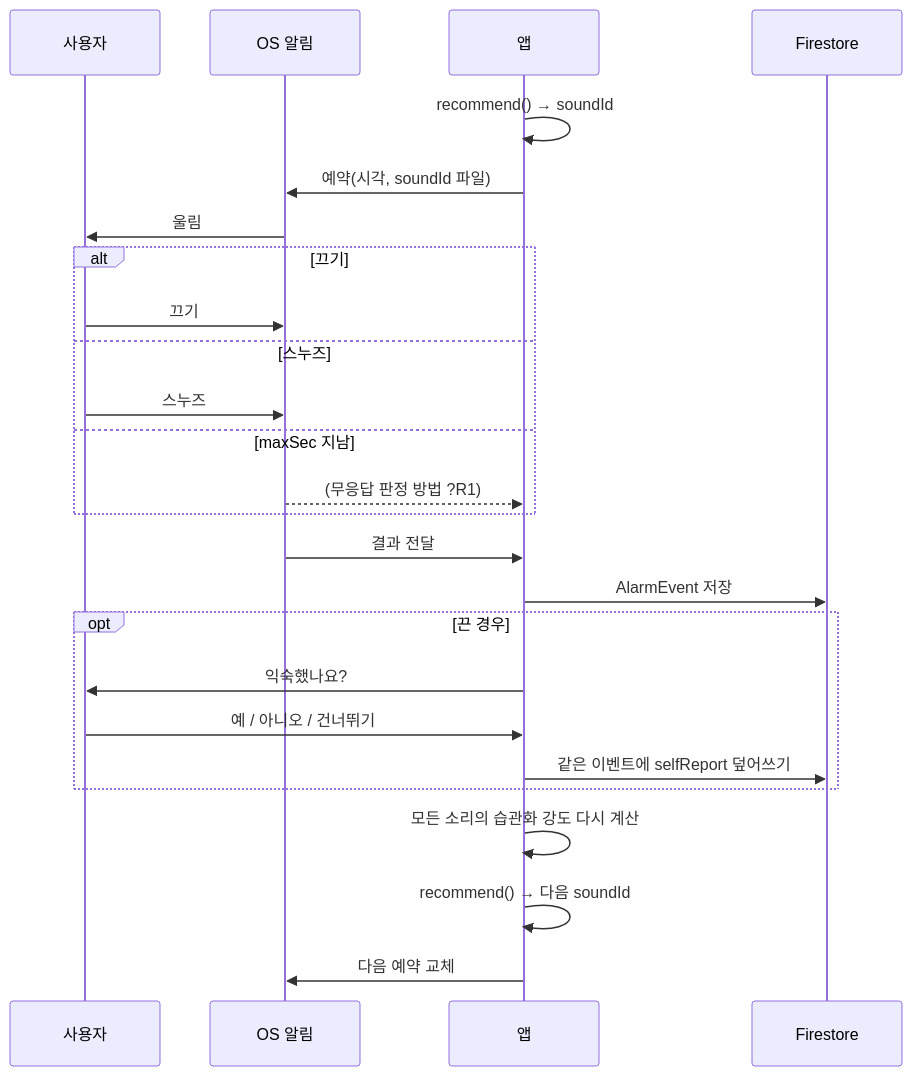
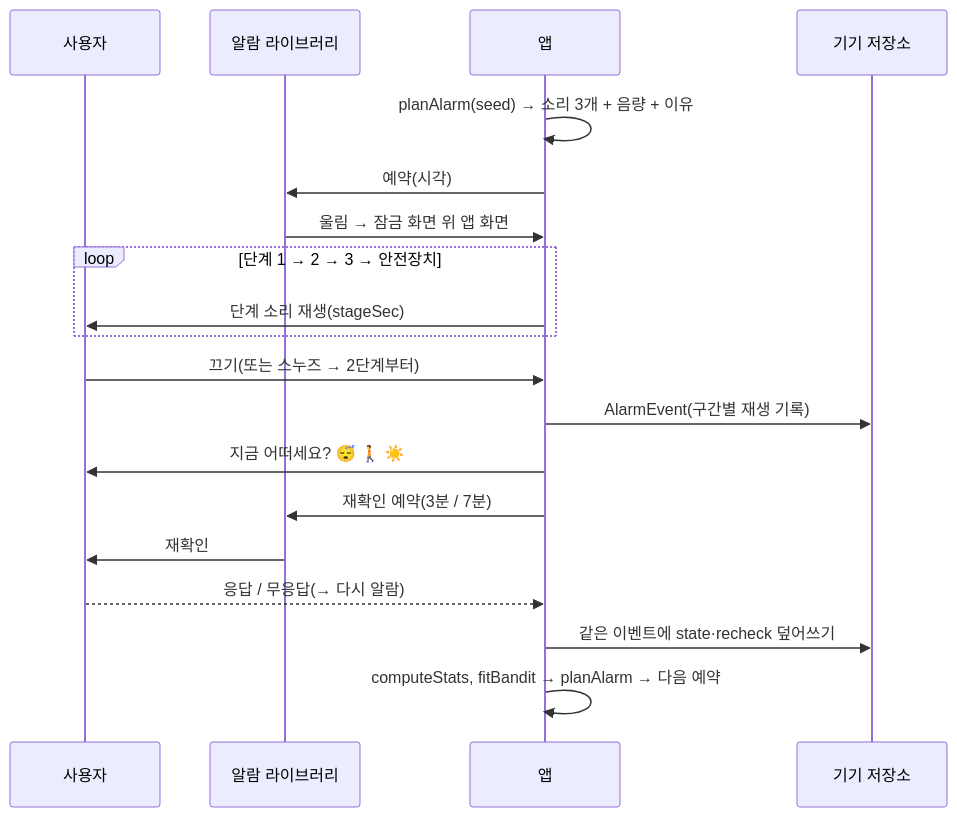
One commit to lyw012012-cpu/appa-anjanda changed the third of 3 diagrams in docs/context/design.md. Above: the diagram before and after it, drawn with Mermaid. The commit also changed other lines of this file and 7 other files, not shown here.

````diff
--- a/docs/context/design.md
+++ b/docs/context/design.md
@@ -156,27 +185,21 @@
 ```mermaid
 sequenceDiagram
   participant U as 사용자
-  participant OS as OS 알림
+  participant L as 알람 라이브러리
   participant A as 앱
-  participant F as Firestore
-  A->>A: recommend() → soundId
-  A->>OS: 예약(시각, soundId 파일)
-  OS->>U: 울림
-  alt 끄기
-    U->>OS: 끄기
-  else 스누즈
-    U->>OS: 스누즈
-  else maxSec 지남
-    OS-->>A: (무응답 판정 방법 ?R1)
+  participant S as 기기 저장소
+  A->>A: planAlarm(seed) → 소리 3개 + 음량 + 이유
+  A->>L: 예약(시각)
+  L->>A: 울림 → 잠금 화면 위 앱 화면
+  loop 단계 1 → 2 → 3 → 안전장치
+    A->>U: 단계 소리 재생(stageSec)
   end
-  OS->>A: 결과 전달
-  A->>F: AlarmEvent 저장
-  opt 끈 경우
-    A->>U: 익숙했나요?
-    U->>A: 예 / 아니오 / 건너뛰기
-    A->>F: 같은 이벤트에 selfReport 덮어쓰기
-  end
-  A->>A: 모든 소리의 습관화 강도 다시 계산
-  A->>A: recommend() → 다음 soundId
-  A->>OS: 다음 예약 교체
+  U->>A: 끄기(또는 스누즈 → 2단계부터)
+  A->>S: AlarmEvent(구간별 재생 기록)
+  A->>U: 지금 어떠세요? 😴 🚶 ☀️
+  A->>L: 재확인 예약(3분 / 7분)
+  L->>U: 재확인
+  U-->>A: 응답 / 무응답(→ 다시 알람)
+  A->>S: 같은 이벤트에 state·recheck 덮어쓰기
+  A->>A: computeStats, fitBandit → planAlarm → 다음 예약
 ```
````
